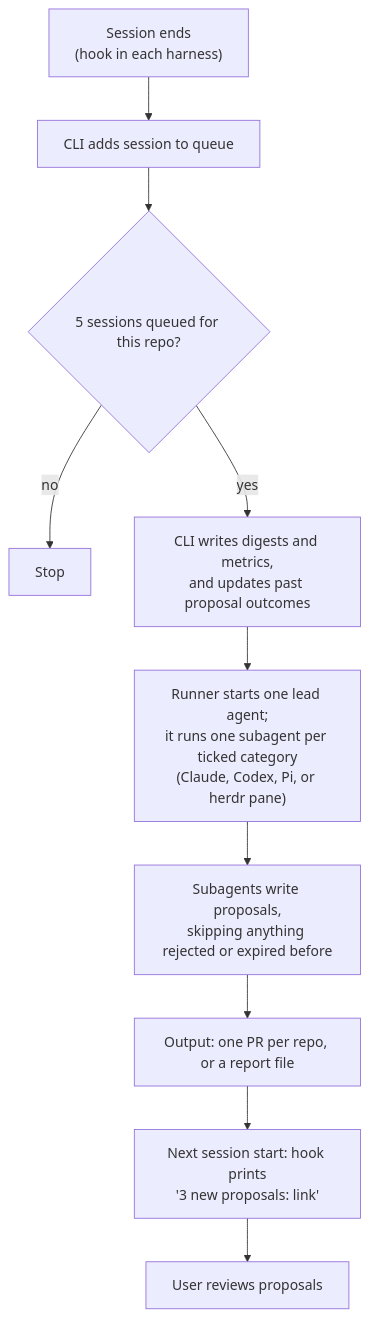
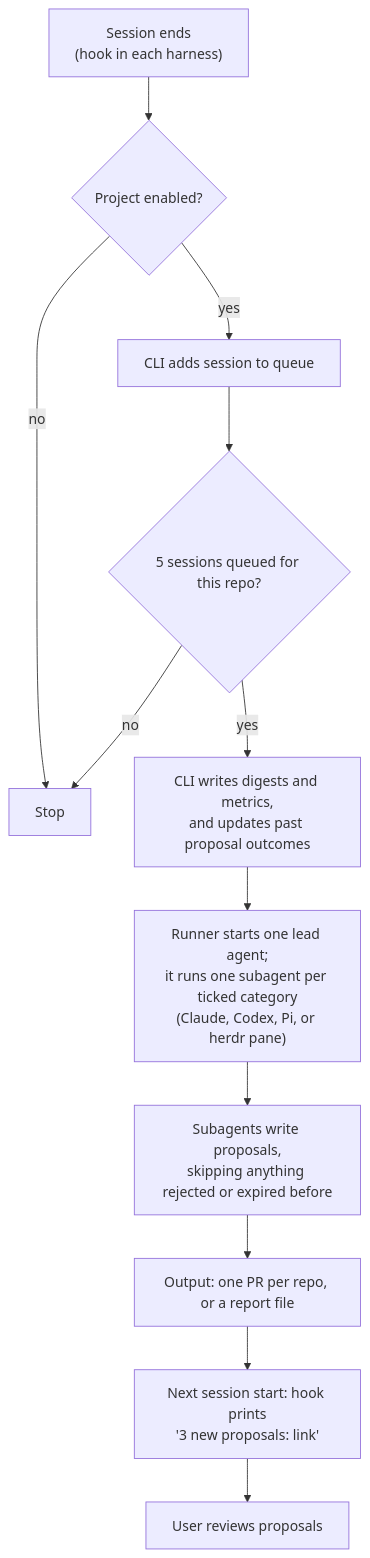
Before and after one commit to ac8318740/agentic-retro: the first of 2 diagrams in README.md, drawn with Mermaid. The commit also changed other lines of this file and 22 other files, not shown here.

````diff
--- a/README.md
+++ b/README.md
@@ -7,12 +7,14 @@
 ```mermaid
 flowchart TD
-    A["Session ends<br/>(hook in each harness)"] --> B["CLI adds session to queue"]
+    A["Session ends<br/>(hook in each harness)"] --> P{"Project enabled?"}
+    P -->|no| Z["Stop"]
+    P -->|yes| B["CLI adds session to queue"]
     B --> C{"5 sessions queued for this repo?"}
-    C -->|no| Z["Stop"]
+    C -->|no| Z
     C -->|yes| D["CLI writes digests and metrics,<br/>and updates past proposal outcomes"]
     D --> E["Runner starts one lead agent;<br/>it runs one subagent per ticked category<br/>(Claude, Codex, Pi, or herdr pane)"]
     E --> F["Subagents write proposals,<br/>skipping anything rejected or expired before"]
     F --> G["Output: one PR per repo, or a report file"]
     G --> H["Next session start: hook prints<br/>'3 new proposals: link'"]
     H --> I["User reviews proposals"]
 ```
````
